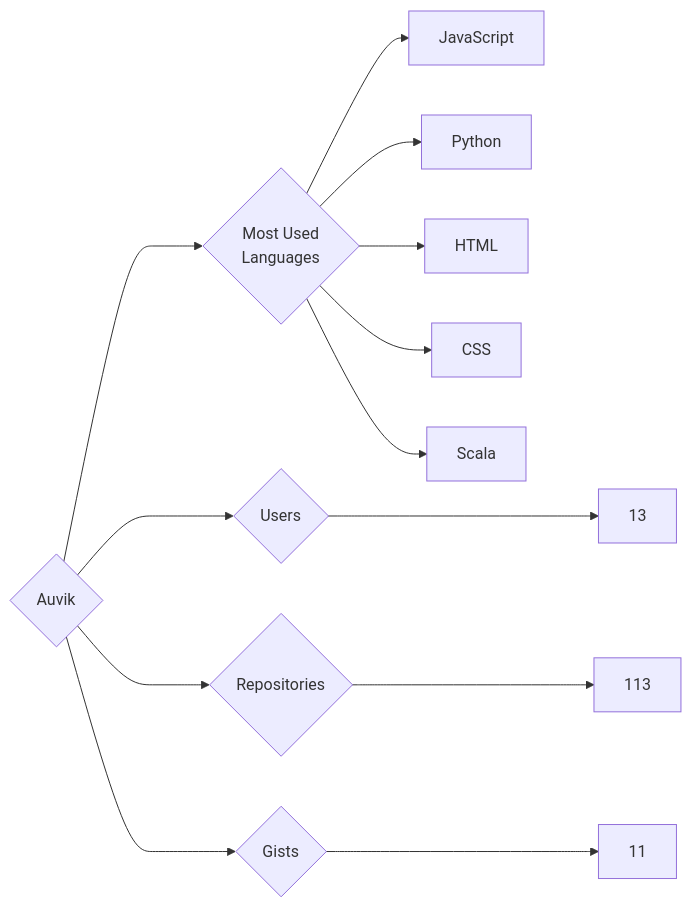
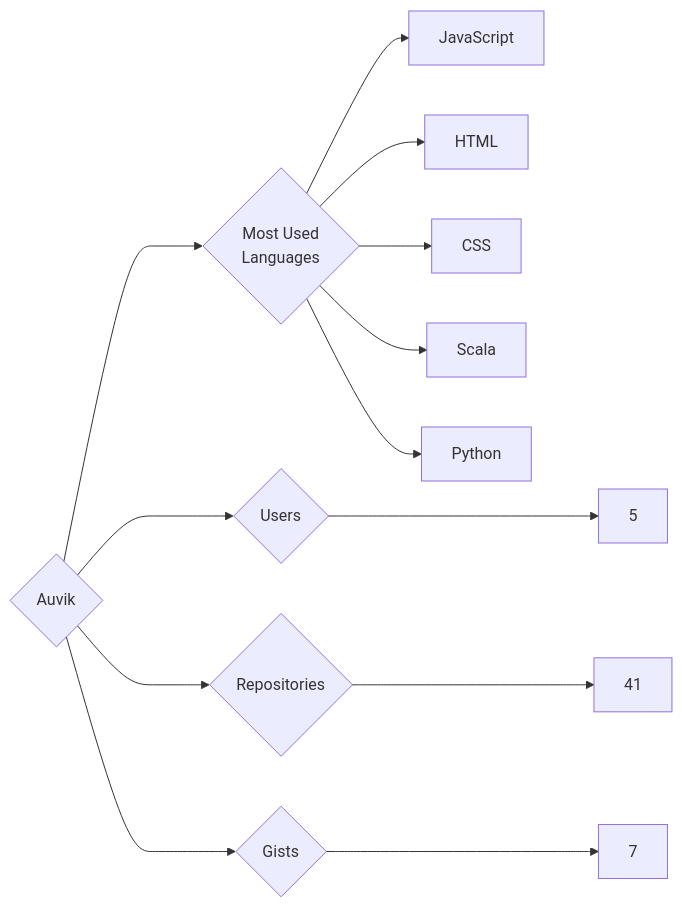
Before and after one commit to trickest/insiders: the diagram in targets/Auvik/README.md, drawn with Mermaid. The commit also changed 693 other files, not shown here.

````diff
--- a/targets/Auvik/README.md
+++ b/targets/Auvik/README.md
@@ -3,13 +3,13 @@
 ```mermaid
 graph LR
 COMPANY_NAME{Auvik}
-COMPANY_NAME ---> U{Users} ---> UN[13]
-COMPANY_NAME ---> R{Repositories} ---> RN[113]
-COMPANY_NAME ---> G{Gists} ---> GN[11]
+COMPANY_NAME ---> U{Users} ---> UN[5]
+COMPANY_NAME ---> R{Repositories} ---> RN[41]
+COMPANY_NAME ---> G{Gists} ---> GN[7]
 COMPANY_NAME ---> ML{Most Used<br>Languages}
 ML --> JavaScript[JavaScript]
-ML --> Python[Python]
 ML --> HTML[HTML]
 ML --> CSS[CSS]
 ML --> Scala[Scala]
+ML --> Python[Python]
 ```
````
